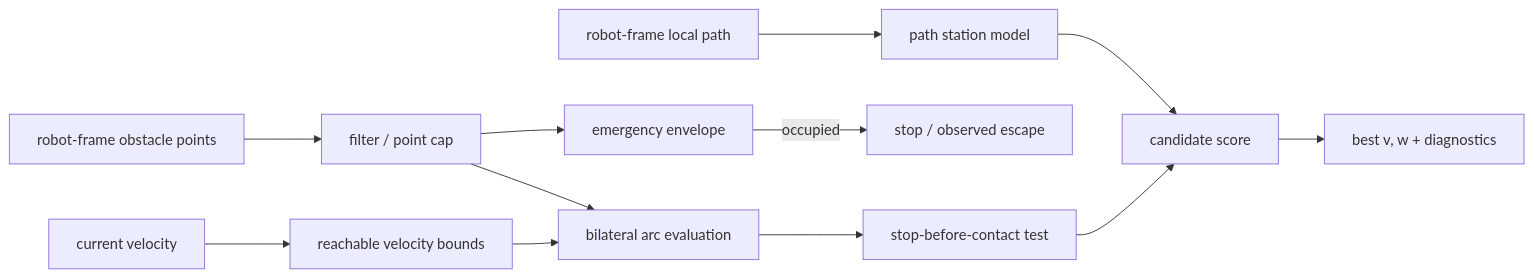
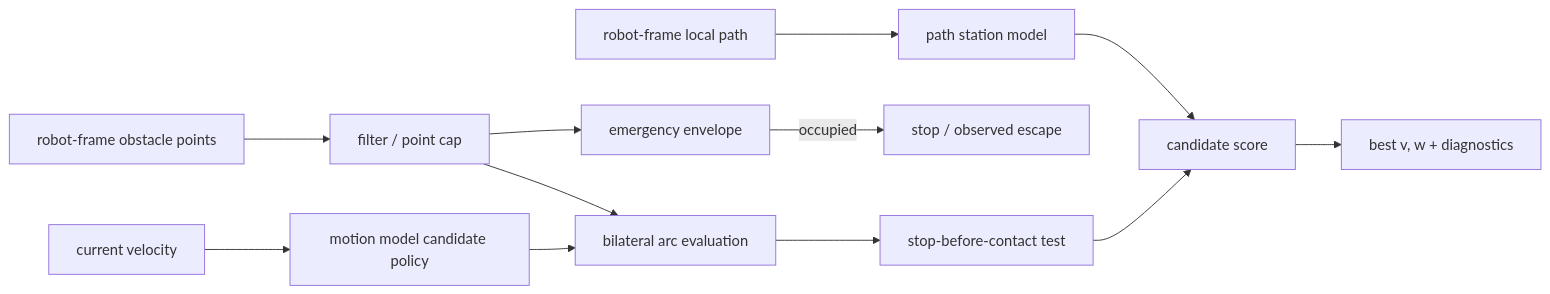
One commit to hijimasa/bilateral_arc_clearance_controller changed the diagram in docs/algorithm.md. Above: the diagram before and after it, drawn with Mermaid. The commit also changed other lines of this file and 10 other files, not shown here.

````diff
--- a/docs/algorithm.md
+++ b/docs/algorithm.md
@@ -13,14 +16,14 @@
 ```mermaid
 flowchart LR
   A[robot-frame obstacle points] --> D[filter / point cap]
   B[robot-frame local path] --> E[path station model]
-  C[current velocity] --> F[reachable velocity bounds]
+  C[current velocity] --> F[motion model candidate policy]
   D --> G[emergency envelope]
   D --> H[bilateral arc evaluation]
   E --> I[candidate score]
   F --> H
   G -->|occupied| S[stop / observed escape]
   H --> J[stop-before-contact test]
   J --> I
   I --> K[best v, w + diagnostics]
 ```
````
